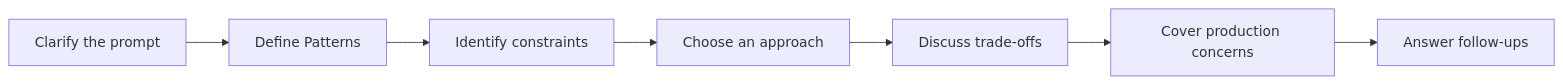
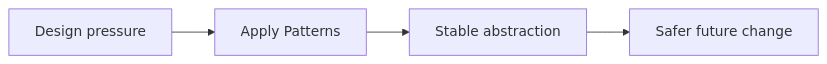
Before and after one commit to abstractinterviews/abstractinterviews.github.io: the second of 2 diagrams in fundamentals/patterns/index.md, drawn with Mermaid. The commit also changed other lines of this file and 278 other files, not shown here.

````diff
--- a/fundamentals/patterns/index.md
+++ b/fundamentals/patterns/index.md
@@ -163,9 +176,6 @@
-~~~mermaid
+```mermaid
 flowchart LR
-    A["Clarify the prompt"] --> B["Define Patterns"]
-    B --> C["Identify constraints"]
-    C --> D["Choose an approach"]
-    D --> E["Discuss trade-offs"]
-    E --> F["Cover production concerns"]
-    F --> G["Answer follow-ups"]
-~~~
+    Smell["Design pressure"] --> Pattern["Apply Patterns"]
+    Pattern --> Boundary["Stable abstraction"]
+    Boundary --> Change["Safer future change"]
+```
````
